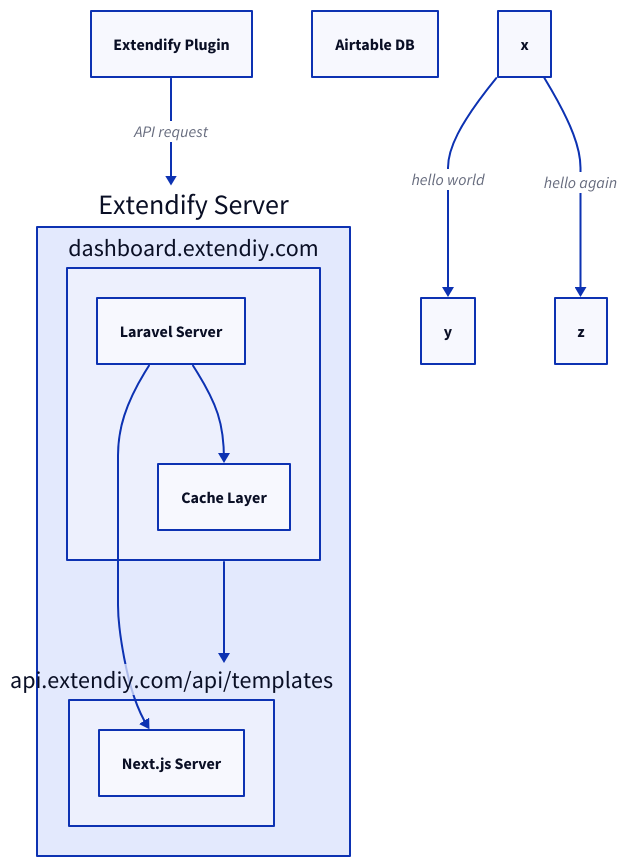
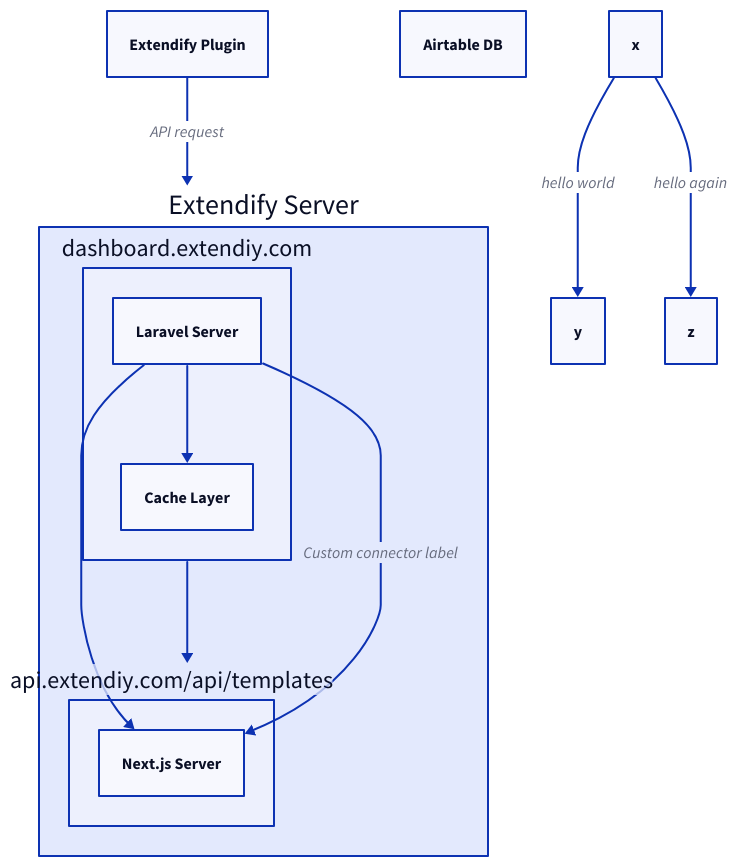
One commit to dgwyer/myapp changed the diagram in d2/file.d2. Above: the diagram before and after it, drawn with D2.

Commit message:
try to render

```diff
--- a/d2/file.d2
+++ b/d2/file.d2
@@ -1,27 +1,28 @@
 a: Extendify Plugin
 e: Airtable DB
 
 extendifyServer: {
   label: Extendify Server
 
   dashboardServer: {
     label: dashboard.extendiy.com
     ls: Laravel Server
     cl: Cache Layer
 
     ls -> cl
   }
 
   apiServer:  {
     label: api.extendiy.com/api/templates
     nj: Next.js Server
 
     _.dashboardServer.ls -> nj
   }
 
   dashboardServer -> apiServer
+  dashboardServer.ls -> apiServer.nj : Custom connector label
 }
 
 a -> extendifyServer: API request
 x -> y: hello world
 x -> z: hello again
```
